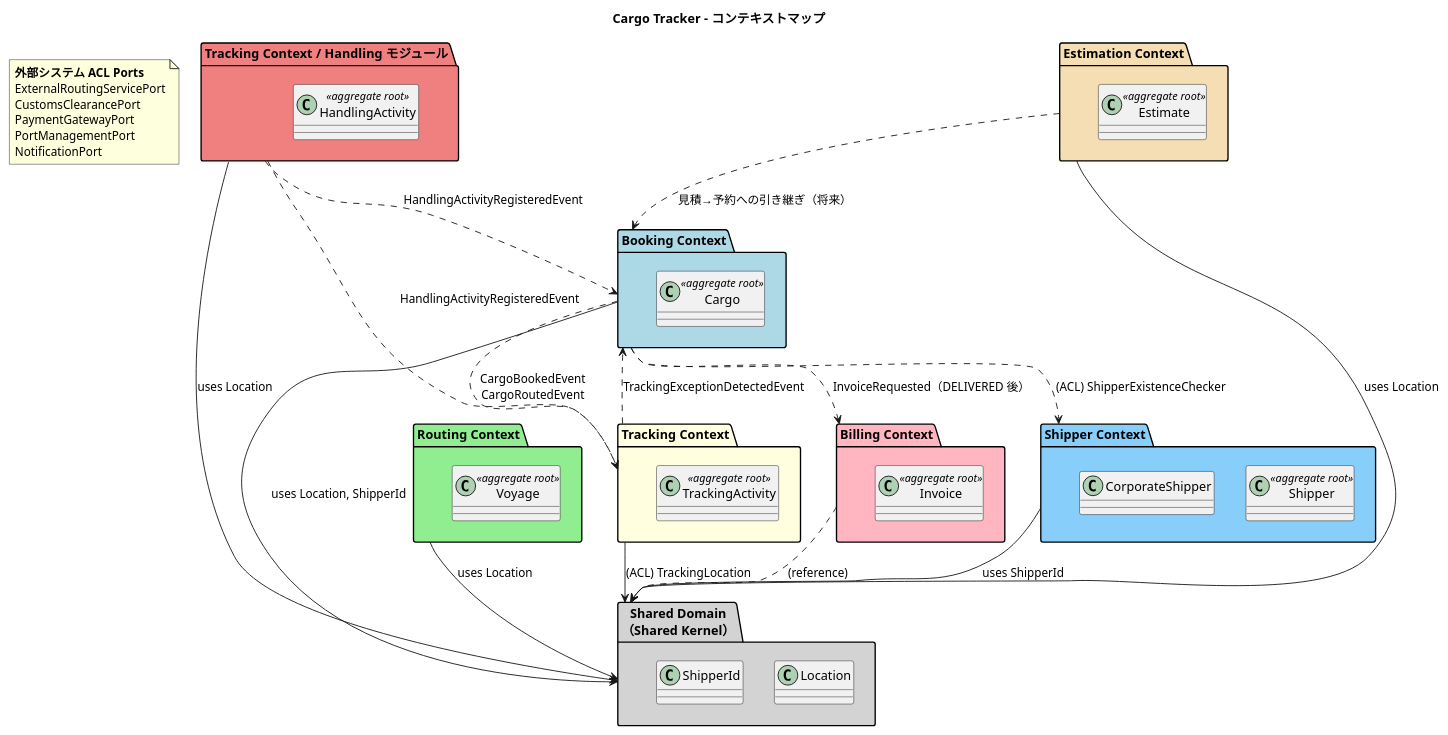
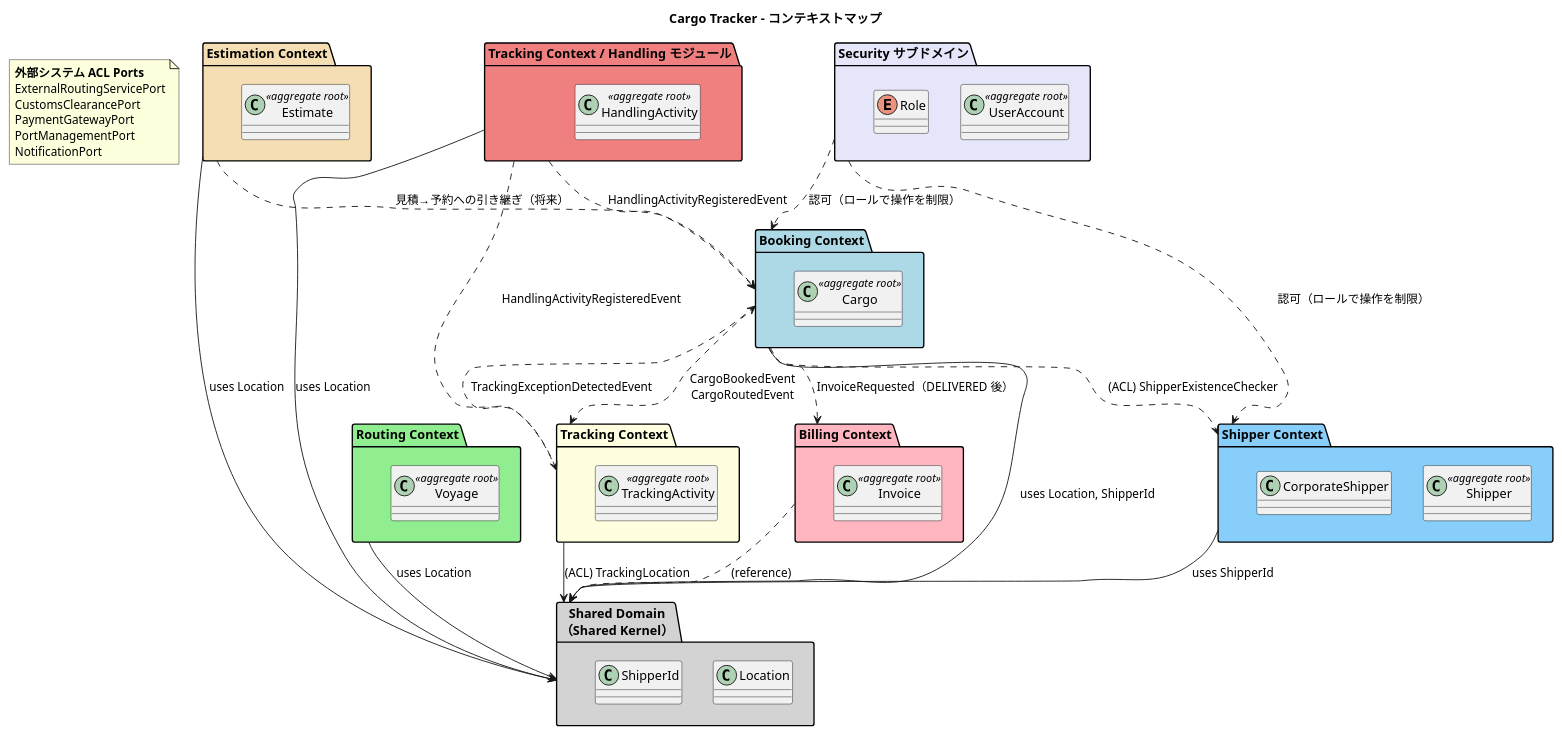
One commit to k2works/case-study-cargo-tracker changed the second of 11 diagrams in docs/design/domain-model.md. Above: the diagram before and after it, drawn with PlantUML. The commit also changed other lines of this file and 54 other files, not shown here.

First line of the commit message:
feat(security,shipper): IT1 認証・アカウントロック・荷主登録を実装

````diff
--- a/docs/design/domain-model.md
+++ b/docs/design/domain-model.md
@@ -111,65 +111,72 @@
 ```plantuml
 @startuml
 title Cargo Tracker - コンテキストマップ
 
 package "Booking Context" as booking #lightblue {
   class Cargo <<aggregate root>>
 }
 
 package "Shipper Context" as shipper #lightskyblue {
   class Shipper <<aggregate root>>
   class CorporateShipper
 }
 
 package "Routing Context" as routing #lightgreen {
   class Voyage <<aggregate root>>
 }
 
 package "Tracking Context" as tracking #lightyellow {
   class TrackingActivity <<aggregate root>>
 }
 
 package "Tracking Context / Handling モジュール" as handling #lightcoral {
   class HandlingActivity <<aggregate root>>
 }
 
 package "Billing Context" as billing #lightpink {
   class Invoice <<aggregate root>>
 }
 
 package "Estimation Context" as estimation #wheat {
   class Estimate <<aggregate root>>
 }
 
 package "Shared Domain\n（Shared Kernel）" as shared #lightgray {
   class Location
   class ShipperId
 }
 
+package "Security サブドメイン" as security #lavender {
+  class UserAccount <<aggregate root>>
+  enum Role
+}
+
 booking --> shared : uses Location, ShipperId
 booking ..> shipper : (ACL) ShipperExistenceChecker
 shipper --> shared : uses ShipperId
 routing --> shared : uses Location
 tracking --> shared : (ACL) TrackingLocation
 handling --> shared : uses Location
 
 booking ..> tracking : CargoBookedEvent\nCargoRoutedEvent
 handling ..> tracking : HandlingActivityRegisteredEvent
 handling ..> booking : HandlingActivityRegisteredEvent
 tracking ..> booking : TrackingExceptionDetectedEvent
 booking ..> billing : InvoiceRequested（DELIVERED 後）
 billing ..> shared : (reference)
 estimation --> shared : uses Location
 estimation ..> booking : 見積→予約への引き継ぎ（将来）
+security ..> booking : 認可（ロールで操作を制限）
+security ..> shipper : 認可（ロールで操作を制限）
 
 note as ACL_NOTE
   **外部システム ACL Ports**
   ExternalRoutingServicePort
   CustomsClearancePort
   PaymentGatewayPort
   PortManagementPort
   NotificationPort
 end note
 
 @enduml
 ```
````
